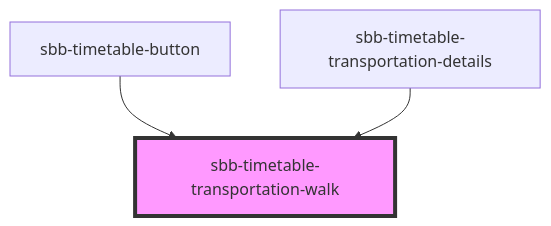
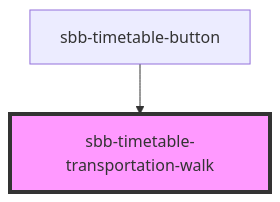
The diagram in src/components/sbb-timetable-transportation-walk/readme.md (sbb-design-systems/lyne-components), drawn with Mermaid before and after one commit. The commit also changed other lines of this file and 41 other files, not shown here.

````diff
--- a/src/components/sbb-timetable-transportation-walk/readme.md
+++ b/src/components/sbb-timetable-transportation-walk/readme.md
@@ -25,6 +24,5 @@
 ```mermaid
 graph TD;
   sbb-timetable-button --> sbb-timetable-transportation-walk
-  sbb-timetable-transportation-details --> sbb-timetable-transportation-walk
   style sbb-timetable-transportation-walk fill:#f9f,stroke:#333,stroke-width:4px
 ```
````
